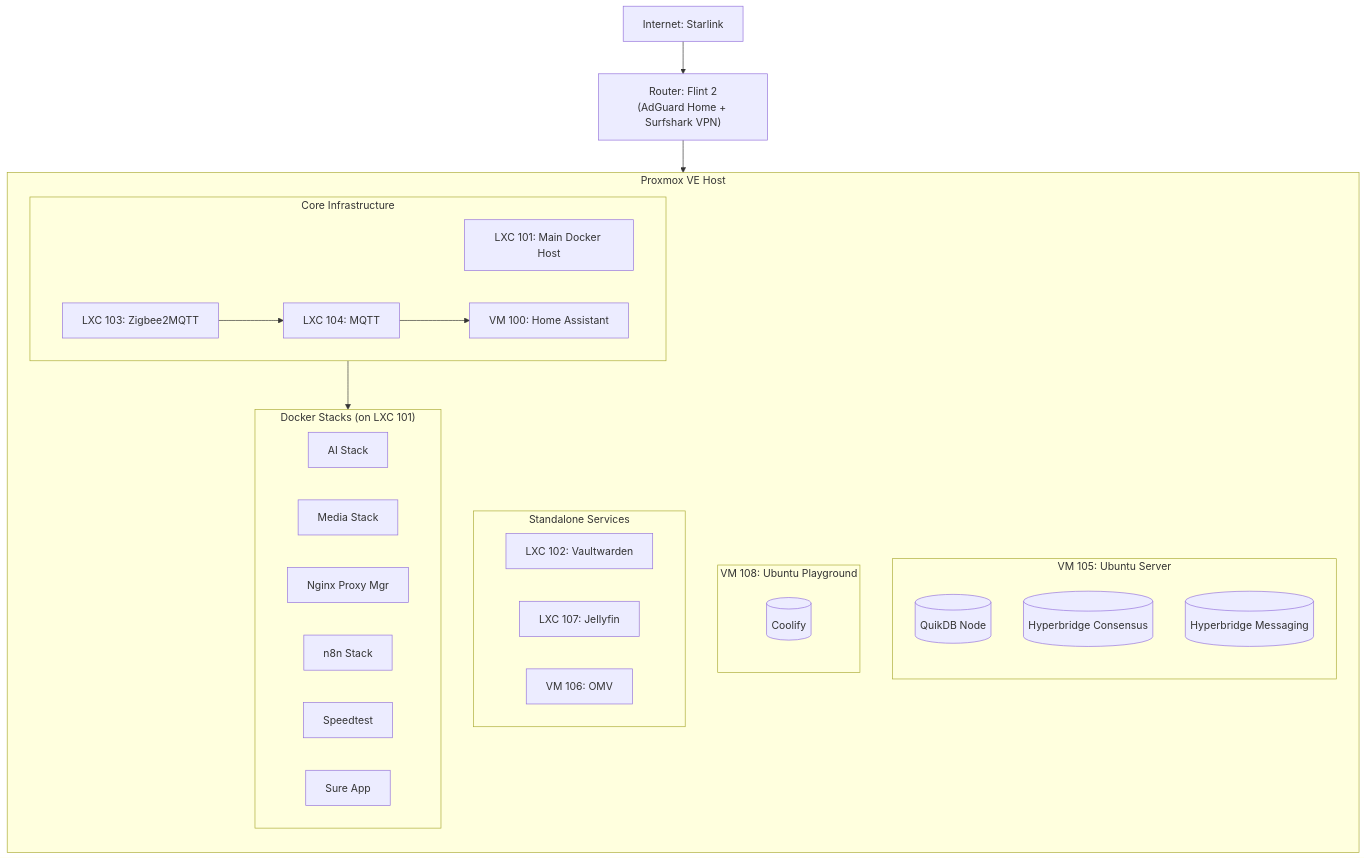
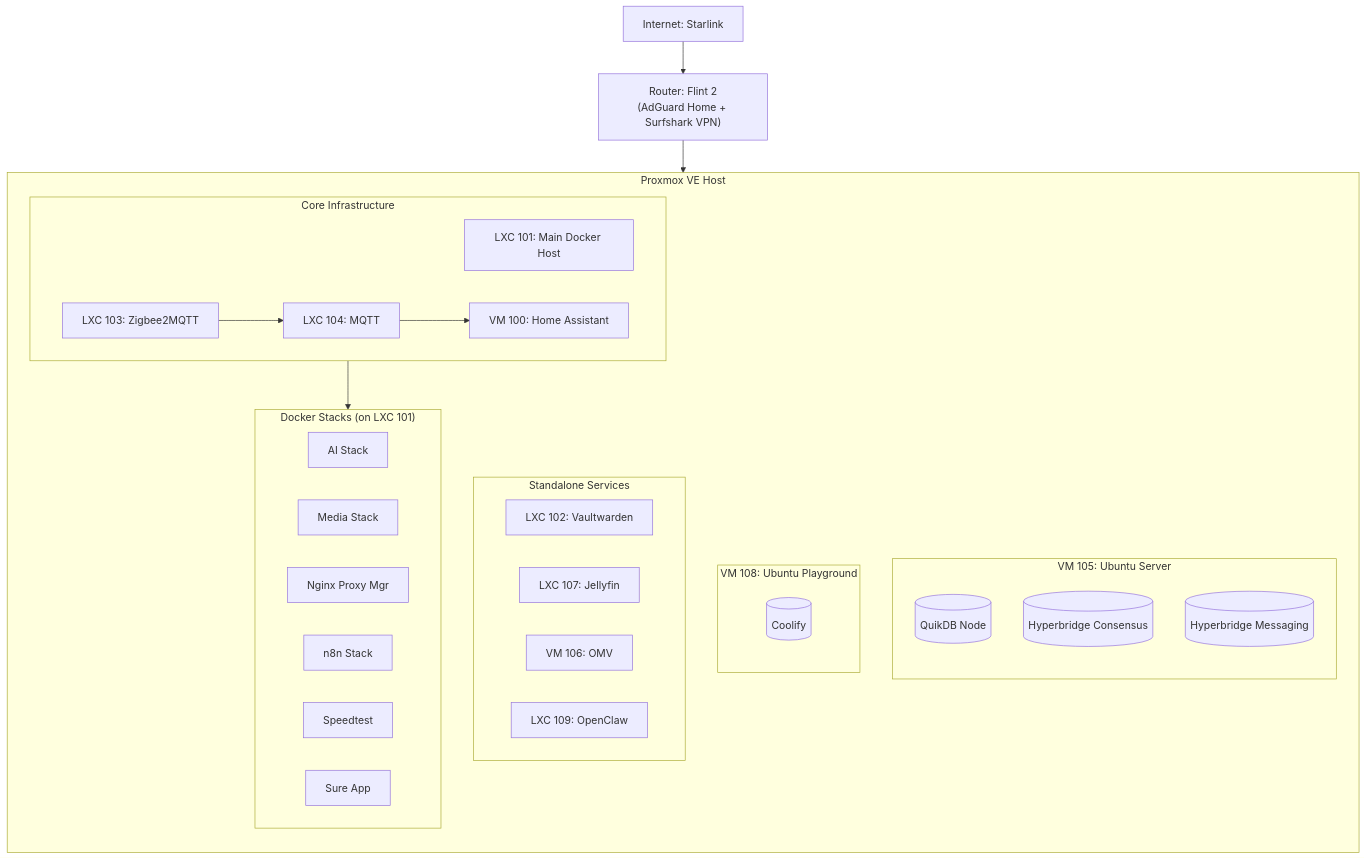
Before and after one commit to LifeofDan-EL/homelab: the diagram in README.md, drawn with Mermaid. The commit also changed other lines of this file and 2 other files, not shown here.

Commit message:
Add update scripts for LXC containers and Proxmox host

````diff
--- a/README.md
+++ b/README.md
@@ -41,55 +41,56 @@
 ```mermaid
 graph TD
     Internet["Internet: Starlink"] --> Router["Router: Flint 2<br/>(AdGuard Home + Surfshark VPN)"]
 
     subgraph Proxmox_Node ["Proxmox VE Host"]
         direction TB
 
         %% Core Infrastructure
         subgraph Core_Infra ["Core Infrastructure"]
             direction LR
             LXC_Docker["LXC 101: Main Docker Host"]
             VM_HA["VM 100: Home Assistant"]
             LXC_MQTT["LXC 104: MQTT"]
             LXC_Z2M["LXC 103: Zigbee2MQTT"]
         end
 
         %% Secondary Docker Host (Ubuntu VM)
         subgraph VM_Ubuntu ["VM 105: Ubuntu Server"]
             direction TB
             Container_QuikDB[("QuikDB Node")]
             Container_Consensus[("Hyperbridge Consensus")]
             Container_Messaging[("Hyperbridge Messaging")]
         end
 
         %% NEW: Coolify Host
         subgraph VM_Coolify ["VM 108: Ubuntu Playground"]
              direction TB
              App_Coolify[("Coolify")]
         end
 
         %% Standalone Services
         subgraph Standalone ["Standalone Services"]
             LXC_Vault["LXC 102: Vaultwarden"]
             LXC_Jelly["LXC 107: Jellyfin"]
             VM_OMV["VM 106: OMV"]
+            LXC_Clawdbot["LXC 109: OpenClaw"]
         end
 
         %% Main Docker Stacks
         subgraph Docker_Stacks ["Docker Stacks (on LXC 101)"]
             Stack_AI["AI Stack"]
             Stack_Media["Media Stack"]
             Stack_NPM["Nginx Proxy Mgr"]
             Stack_Solar["n8n Stack"]
             Stack_Speed["Speedtest"]
             Stack_Sure["Sure App"]
         end
 
         %% Connections
         LXC_Docker --> Docker_Stacks
         LXC_Z2M --> LXC_MQTT
         LXC_MQTT --> VM_HA
     end
 
     Router --> Proxmox_Node
 ```
````
